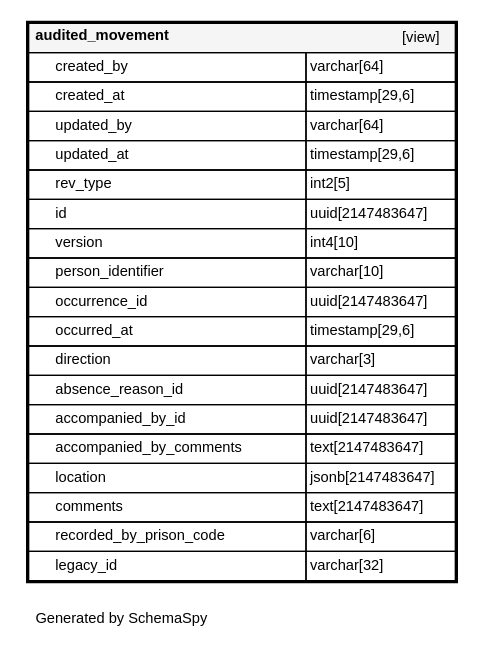
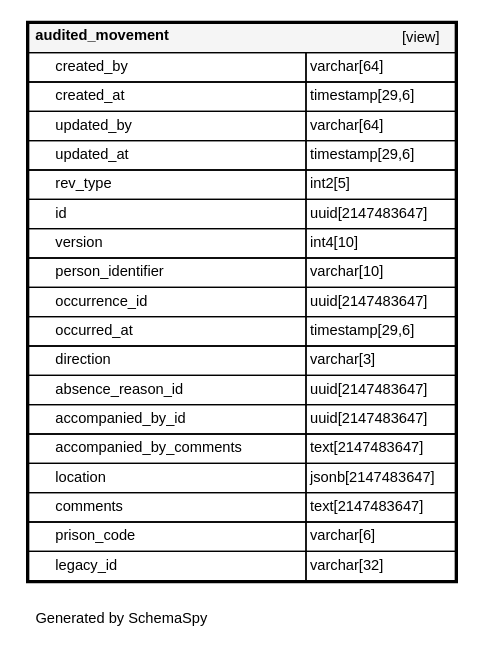
Before and after one commit to ministryofjustice/hmpps-external-movements-api: the diagram in schema-spy-report/tap/diagrams/tables/audited_movement.1degree.dot, drawn with Graphviz. The commit also changed 23 other files, not shown here.

```diff
--- a/schema-spy-report/tap/diagrams/tables/audited_movement.1degree.dot
+++ b/schema-spy-report/tap/diagrams/tables/audited_movement.1degree.dot
@@ -1,30 +1,30 @@
 digraph "oneDegreeRelationshipsDiagram" {
   graph [    rankdir="RL"    bgcolor="#ffffff"    label="\nGenerated by SchemaSpy"    labeljust="l"    nodesep="0.18"    ranksep="0.46"    fontname="Helvetica"    fontsize="11"    ration="compress"  ];  node [    fontname="Helvetica"    fontsize="11"    shape="plaintext"  ];  edge [    arrowsize="0.8"  ];
   "audited_movement" [
    label=<
     <TABLE BORDER="2" CELLBORDER="1" CELLSPACING="0" BGCOLOR="#ffffff">
       <TR><TD COLSPAN="4"  BGCOLOR="#f5f5f5"><TABLE BORDER="0" CELLSPACING="0"><TR><TD ALIGN="LEFT" FIXEDSIZE="TRUE" WIDTH="129" HEIGHT="16"><B>audited_movement</B></TD><TD ALIGN="RIGHT">[view]</TD></TR></TABLE></TD></TR>
       <TR><TD PORT="created_by" COLSPAN="2" ALIGN="LEFT"><TABLE BORDER="0" CELLSPACING="0" ALIGN="LEFT"><TR ALIGN="LEFT"><TD ALIGN="LEFT" FIXEDSIZE="TRUE" WIDTH="15" HEIGHT="16"></TD><TD ALIGN="LEFT" FIXEDSIZE="TRUE" WIDTH="187" HEIGHT="16">created_by</TD></TR></TABLE></TD><TD PORT="created_by.type" ALIGN="LEFT">varchar[64]</TD></TR>
       <TR><TD PORT="created_at" COLSPAN="2" ALIGN="LEFT"><TABLE BORDER="0" CELLSPACING="0" ALIGN="LEFT"><TR ALIGN="LEFT"><TD ALIGN="LEFT" FIXEDSIZE="TRUE" WIDTH="15" HEIGHT="16"></TD><TD ALIGN="LEFT" FIXEDSIZE="TRUE" WIDTH="187" HEIGHT="16">created_at</TD></TR></TABLE></TD><TD PORT="created_at.type" ALIGN="LEFT">timestamp[29,6]</TD></TR>
       <TR><TD PORT="updated_by" COLSPAN="2" ALIGN="LEFT"><TABLE BORDER="0" CELLSPACING="0" ALIGN="LEFT"><TR ALIGN="LEFT"><TD ALIGN="LEFT" FIXEDSIZE="TRUE" WIDTH="15" HEIGHT="16"></TD><TD ALIGN="LEFT" FIXEDSIZE="TRUE" WIDTH="187" HEIGHT="16">updated_by</TD></TR></TABLE></TD><TD PORT="updated_by.type" ALIGN="LEFT">varchar[64]</TD></TR>
       <TR><TD PORT="updated_at" COLSPAN="2" ALIGN="LEFT"><TABLE BORDER="0" CELLSPACING="0" ALIGN="LEFT"><TR ALIGN="LEFT"><TD ALIGN="LEFT" FIXEDSIZE="TRUE" WIDTH="15" HEIGHT="16"></TD><TD ALIGN="LEFT" FIXEDSIZE="TRUE" WIDTH="187" HEIGHT="16">updated_at</TD></TR></TABLE></TD><TD PORT="updated_at.type" ALIGN="LEFT">timestamp[29,6]</TD></TR>
       <TR><TD PORT="rev_type" COLSPAN="2" ALIGN="LEFT"><TABLE BORDER="0" CELLSPACING="0" ALIGN="LEFT"><TR ALIGN="LEFT"><TD ALIGN="LEFT" FIXEDSIZE="TRUE" WIDTH="15" HEIGHT="16"></TD><TD ALIGN="LEFT" FIXEDSIZE="TRUE" WIDTH="187" HEIGHT="16">rev_type</TD></TR></TABLE></TD><TD PORT="rev_type.type" ALIGN="LEFT">int2[5]</TD></TR>
       <TR><TD PORT="id" COLSPAN="2" ALIGN="LEFT"><TABLE BORDER="0" CELLSPACING="0" ALIGN="LEFT"><TR ALIGN="LEFT"><TD ALIGN="LEFT" FIXEDSIZE="TRUE" WIDTH="15" HEIGHT="16"></TD><TD ALIGN="LEFT" FIXEDSIZE="TRUE" WIDTH="187" HEIGHT="16">id</TD></TR></TABLE></TD><TD PORT="id.type" ALIGN="LEFT">uuid[2147483647]</TD></TR>
       <TR><TD PORT="version" COLSPAN="2" ALIGN="LEFT"><TABLE BORDER="0" CELLSPACING="0" ALIGN="LEFT"><TR ALIGN="LEFT"><TD ALIGN="LEFT" FIXEDSIZE="TRUE" WIDTH="15" HEIGHT="16"></TD><TD ALIGN="LEFT" FIXEDSIZE="TRUE" WIDTH="187" HEIGHT="16">version</TD></TR></TABLE></TD><TD PORT="version.type" ALIGN="LEFT">int4[10]</TD></TR>
       <TR><TD PORT="person_identifier" COLSPAN="2" ALIGN="LEFT"><TABLE BORDER="0" CELLSPACING="0" ALIGN="LEFT"><TR ALIGN="LEFT"><TD ALIGN="LEFT" FIXEDSIZE="TRUE" WIDTH="15" HEIGHT="16"></TD><TD ALIGN="LEFT" FIXEDSIZE="TRUE" WIDTH="187" HEIGHT="16">person_identifier</TD></TR></TABLE></TD><TD PORT="person_identifier.type" ALIGN="LEFT">varchar[10]</TD></TR>
       <TR><TD PORT="occurrence_id" COLSPAN="2" ALIGN="LEFT"><TABLE BORDER="0" CELLSPACING="0" ALIGN="LEFT"><TR ALIGN="LEFT"><TD ALIGN="LEFT" FIXEDSIZE="TRUE" WIDTH="15" HEIGHT="16"></TD><TD ALIGN="LEFT" FIXEDSIZE="TRUE" WIDTH="187" HEIGHT="16">occurrence_id</TD></TR></TABLE></TD><TD PORT="occurrence_id.type" ALIGN="LEFT">uuid[2147483647]</TD></TR>
       <TR><TD PORT="occurred_at" COLSPAN="2" ALIGN="LEFT"><TABLE BORDER="0" CELLSPACING="0" ALIGN="LEFT"><TR ALIGN="LEFT"><TD ALIGN="LEFT" FIXEDSIZE="TRUE" WIDTH="15" HEIGHT="16"></TD><TD ALIGN="LEFT" FIXEDSIZE="TRUE" WIDTH="187" HEIGHT="16">occurred_at</TD></TR></TABLE></TD><TD PORT="occurred_at.type" ALIGN="LEFT">timestamp[29,6]</TD></TR>
       <TR><TD PORT="direction" COLSPAN="2" ALIGN="LEFT"><TABLE BORDER="0" CELLSPACING="0" ALIGN="LEFT"><TR ALIGN="LEFT"><TD ALIGN="LEFT" FIXEDSIZE="TRUE" WIDTH="15" HEIGHT="16"></TD><TD ALIGN="LEFT" FIXEDSIZE="TRUE" WIDTH="187" HEIGHT="16">direction</TD></TR></TABLE></TD><TD PORT="direction.type" ALIGN="LEFT">varchar[3]</TD></TR>
       <TR><TD PORT="absence_reason_id" COLSPAN="2" ALIGN="LEFT"><TABLE BORDER="0" CELLSPACING="0" ALIGN="LEFT"><TR ALIGN="LEFT"><TD ALIGN="LEFT" FIXEDSIZE="TRUE" WIDTH="15" HEIGHT="16"></TD><TD ALIGN="LEFT" FIXEDSIZE="TRUE" WIDTH="187" HEIGHT="16">absence_reason_id</TD></TR></TABLE></TD><TD PORT="absence_reason_id.type" ALIGN="LEFT">uuid[2147483647]</TD></TR>
       <TR><TD PORT="accompanied_by_id" COLSPAN="2" ALIGN="LEFT"><TABLE BORDER="0" CELLSPACING="0" ALIGN="LEFT"><TR ALIGN="LEFT"><TD ALIGN="LEFT" FIXEDSIZE="TRUE" WIDTH="15" HEIGHT="16"></TD><TD ALIGN="LEFT" FIXEDSIZE="TRUE" WIDTH="187" HEIGHT="16">accompanied_by_id</TD></TR></TABLE></TD><TD PORT="accompanied_by_id.type" ALIGN="LEFT">uuid[2147483647]</TD></TR>
       <TR><TD PORT="accompanied_by_comments" COLSPAN="2" ALIGN="LEFT"><TABLE BORDER="0" CELLSPACING="0" ALIGN="LEFT"><TR ALIGN="LEFT"><TD ALIGN="LEFT" FIXEDSIZE="TRUE" WIDTH="15" HEIGHT="16"></TD><TD ALIGN="LEFT" FIXEDSIZE="TRUE" WIDTH="187" HEIGHT="16">accompanied_by_comments</TD></TR></TABLE></TD><TD PORT="accompanied_by_comments.type" ALIGN="LEFT">text[2147483647]</TD></TR>
       <TR><TD PORT="location" COLSPAN="2" ALIGN="LEFT"><TABLE BORDER="0" CELLSPACING="0" ALIGN="LEFT"><TR ALIGN="LEFT"><TD ALIGN="LEFT" FIXEDSIZE="TRUE" WIDTH="15" HEIGHT="16"></TD><TD ALIGN="LEFT" FIXEDSIZE="TRUE" WIDTH="187" HEIGHT="16">location</TD></TR></TABLE></TD><TD PORT="location.type" ALIGN="LEFT">jsonb[2147483647]</TD></TR>
       <TR><TD PORT="comments" COLSPAN="2" ALIGN="LEFT"><TABLE BORDER="0" CELLSPACING="0" ALIGN="LEFT"><TR ALIGN="LEFT"><TD ALIGN="LEFT" FIXEDSIZE="TRUE" WIDTH="15" HEIGHT="16"></TD><TD ALIGN="LEFT" FIXEDSIZE="TRUE" WIDTH="187" HEIGHT="16">comments</TD></TR></TABLE></TD><TD PORT="comments.type" ALIGN="LEFT">text[2147483647]</TD></TR>
-      <TR><TD PORT="recorded_by_prison_code" COLSPAN="2" ALIGN="LEFT"><TABLE BORDER="0" CELLSPACING="0" ALIGN="LEFT"><TR ALIGN="LEFT"><TD ALIGN="LEFT" FIXEDSIZE="TRUE" WIDTH="15" HEIGHT="16"></TD><TD ALIGN="LEFT" FIXEDSIZE="TRUE" WIDTH="187" HEIGHT="16">recorded_by_prison_code</TD></TR></TABLE></TD><TD PORT="recorded_by_prison_code.type" ALIGN="LEFT">varchar[6]</TD></TR>
+      <TR><TD PORT="prison_code" COLSPAN="2" ALIGN="LEFT"><TABLE BORDER="0" CELLSPACING="0" ALIGN="LEFT"><TR ALIGN="LEFT"><TD ALIGN="LEFT" FIXEDSIZE="TRUE" WIDTH="15" HEIGHT="16"></TD><TD ALIGN="LEFT" FIXEDSIZE="TRUE" WIDTH="187" HEIGHT="16">prison_code</TD></TR></TABLE></TD><TD PORT="prison_code.type" ALIGN="LEFT">varchar[6]</TD></TR>
       <TR><TD PORT="legacy_id" COLSPAN="2" ALIGN="LEFT"><TABLE BORDER="0" CELLSPACING="0" ALIGN="LEFT"><TR ALIGN="LEFT"><TD ALIGN="LEFT" FIXEDSIZE="TRUE" WIDTH="15" HEIGHT="16"></TD><TD ALIGN="LEFT" FIXEDSIZE="TRUE" WIDTH="187" HEIGHT="16">legacy_id</TD></TR></TABLE></TD><TD PORT="legacy_id.type" ALIGN="LEFT">varchar[32]</TD></TR>
     </TABLE>>
     URL="../../tables/audited_movement.html"
     target="_top"
     tooltip="audited_movement"
   ];
 }
```
